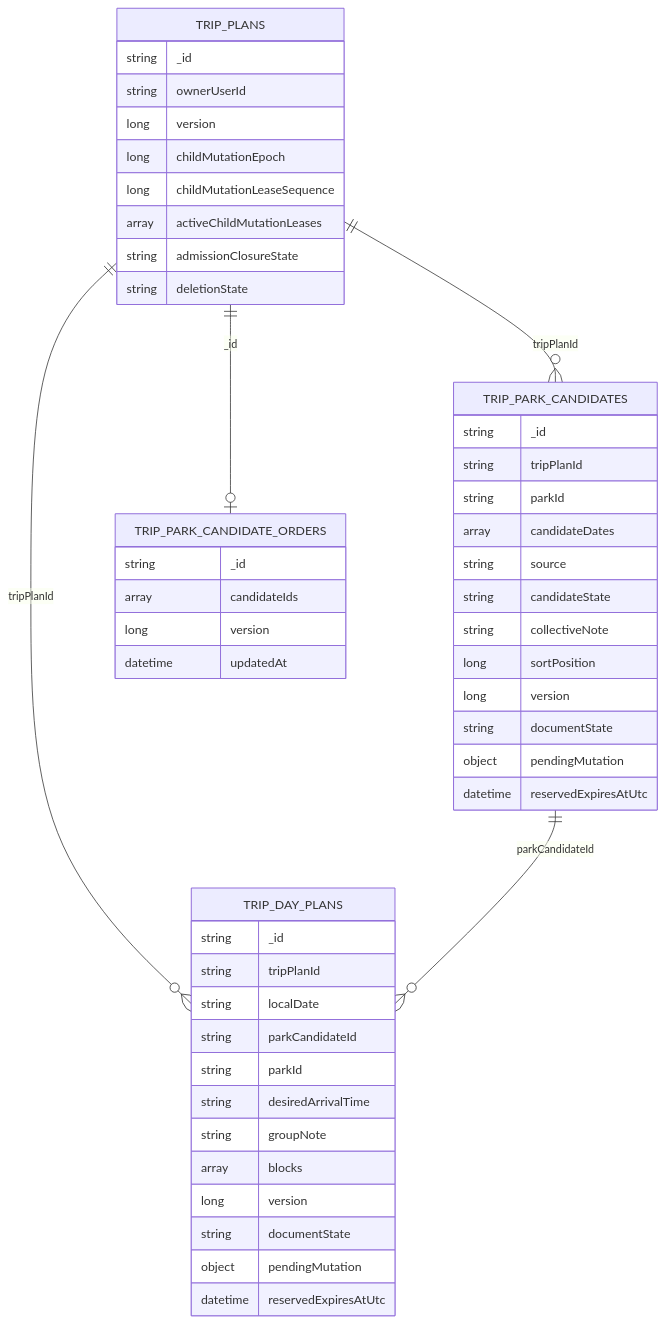
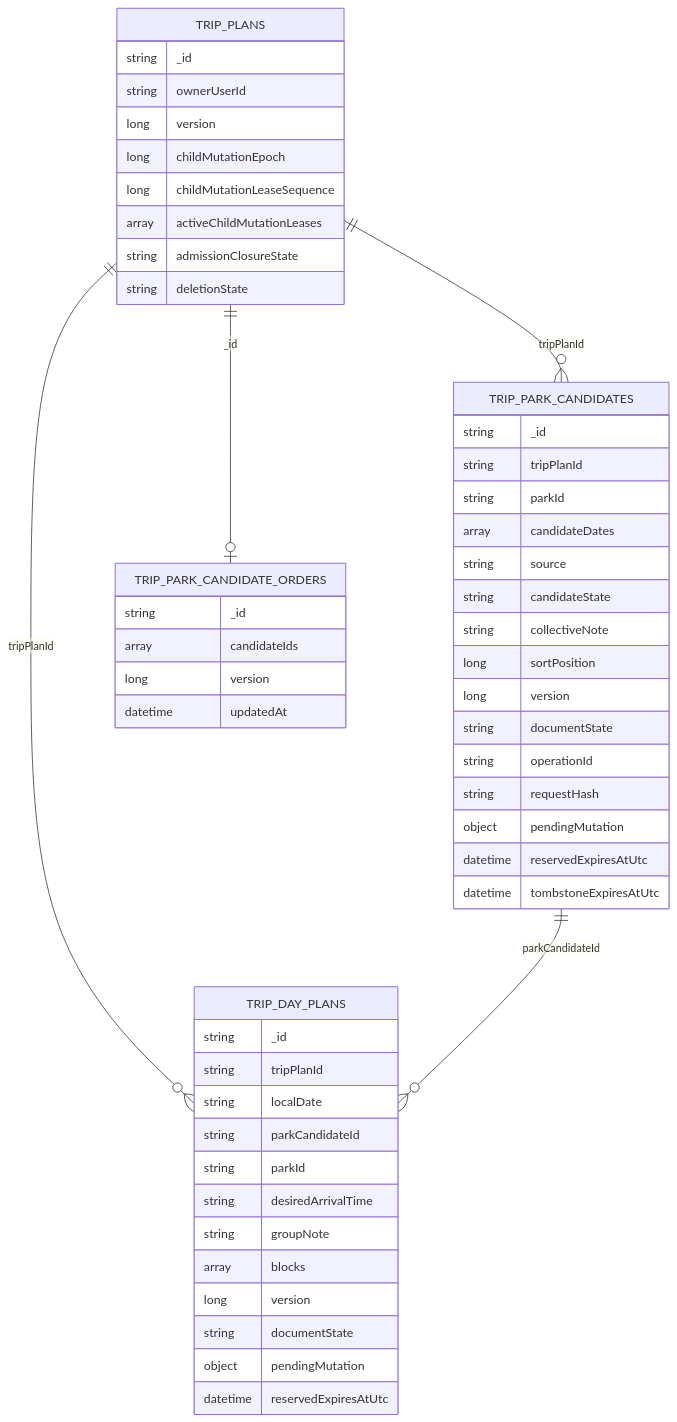
One commit to Ced59/AmusementParkProject changed the second of 4 diagrams in docs/architecture/product-growth-trip-03-candidates-days-2026-09-17.md. Above: the diagram before and after it, drawn with Mermaid. The commit also changed other lines of this file and 14 other files, not shown here.

````diff
--- a/docs/architecture/product-growth-trip-03-candidates-days-2026-09-17.md
+++ b/docs/architecture/product-growth-trip-03-candidates-days-2026-09-17.md
@@ -93,52 +93,55 @@
 ```mermaid
 erDiagram
     TRIP_PLANS ||--o{ TRIP_PARK_CANDIDATES : tripPlanId
     TRIP_PLANS ||--o| TRIP_PARK_CANDIDATE_ORDERS : _id
     TRIP_PLANS ||--o{ TRIP_DAY_PLANS : tripPlanId
     TRIP_PARK_CANDIDATES ||--o{ TRIP_DAY_PLANS : parkCandidateId
 
     TRIP_PLANS {
       string _id
       string ownerUserId
       long version
       long childMutationEpoch
       long childMutationLeaseSequence
       array activeChildMutationLeases
       string admissionClosureState
       string deletionState
     }
     TRIP_PARK_CANDIDATES {
       string _id
       string tripPlanId
       string parkId
       array candidateDates
       string source
       string candidateState
       string collectiveNote
       long sortPosition
       long version
       string documentState
+      string operationId
+      string requestHash
       object pendingMutation
       datetime reservedExpiresAtUtc
+      datetime tombstoneExpiresAtUtc
     }
     TRIP_PARK_CANDIDATE_ORDERS {
       string _id
       array candidateIds
       long version
       datetime updatedAt
     }
     TRIP_DAY_PLANS {
       string _id
       string tripPlanId
       string localDate
       string parkCandidateId
       string parkId
       string desiredArrivalTime
       string groupNote
       array blocks
       long version
       string documentState
       object pendingMutation
       datetime reservedExpiresAtUtc
     }
 ```
````
